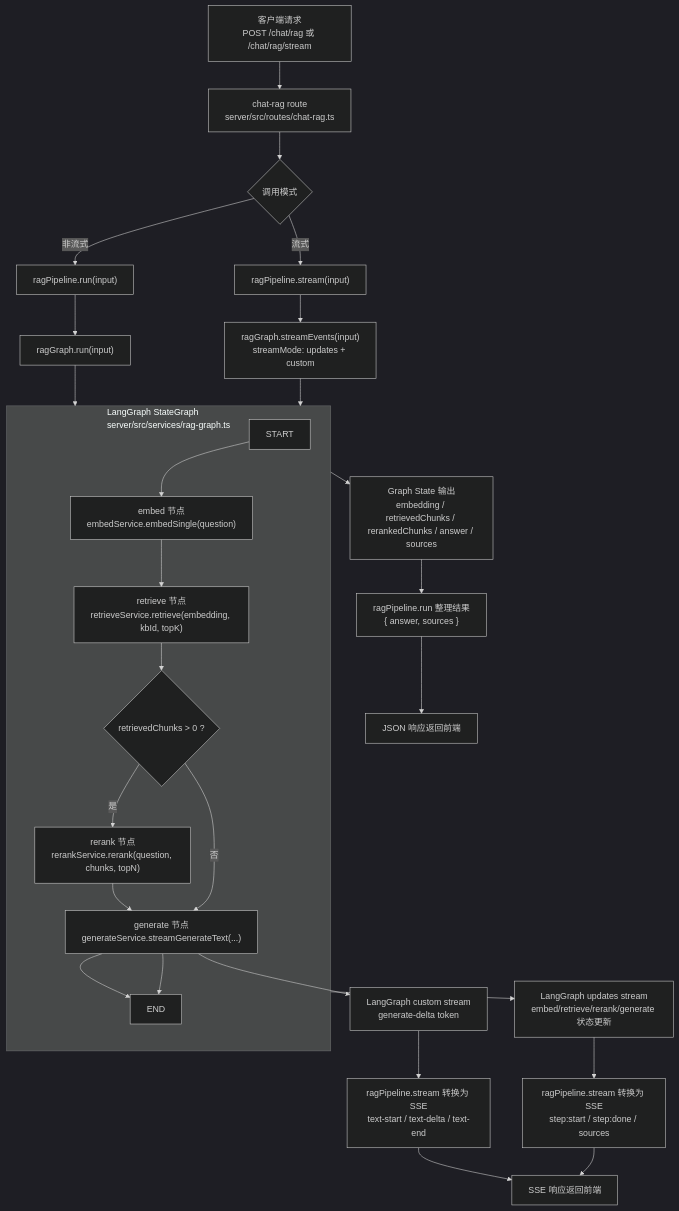
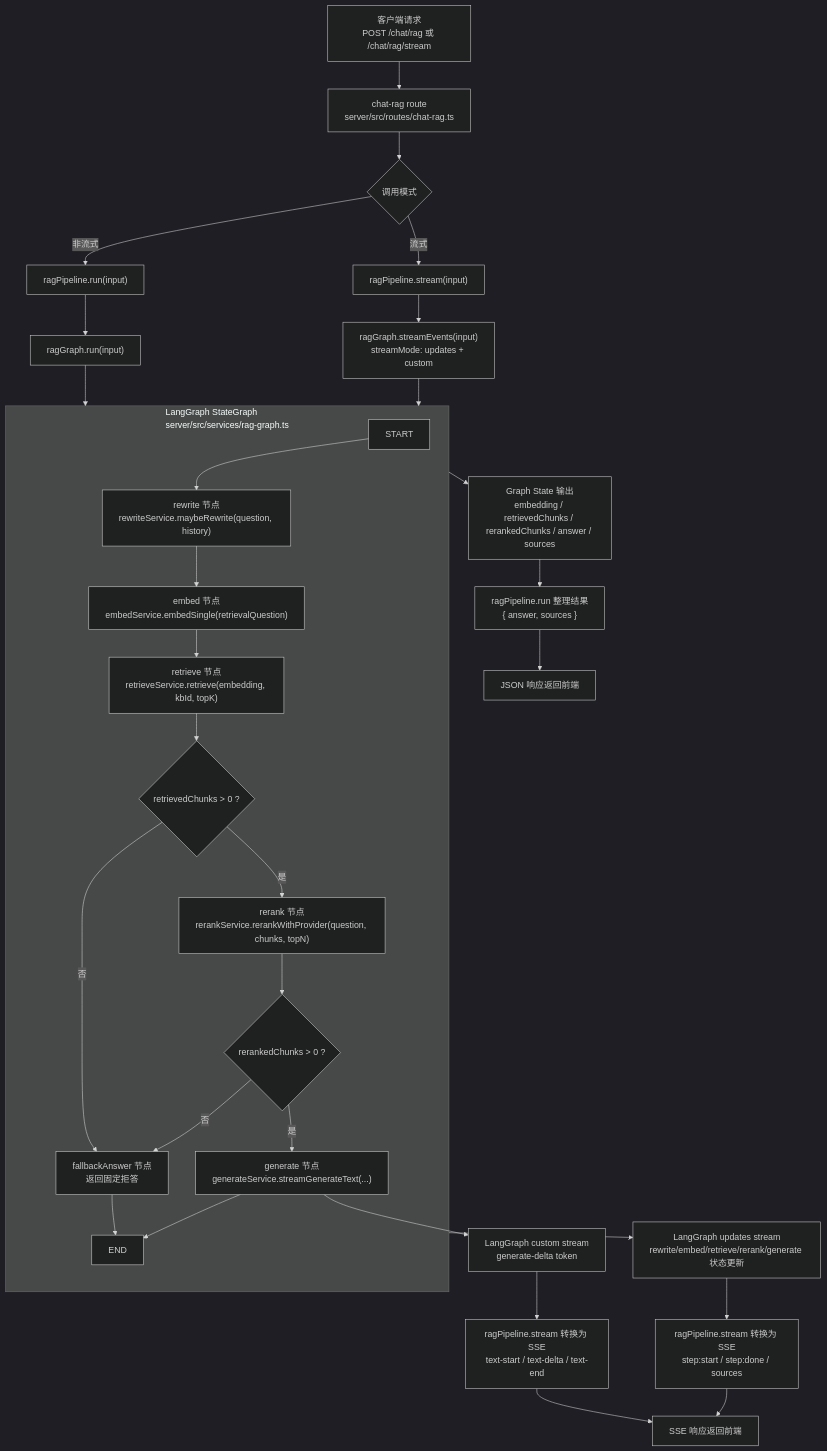
The first of 2 diagrams in docs/rag-langgraph-flow.md (dangjingtao/uichat-mira), drawn with Mermaid (dark theme) before and after one commit. The commit also changed other lines of this file and 113 other files, not shown here.

````diff
--- a/docs/rag-langgraph-flow.md
+++ b/docs/rag-langgraph-flow.md
@@ -100,42 +460,47 @@
 ```mermaid
 flowchart TD
     A["客户端请求<br/>POST /chat/rag 或 /chat/rag/stream"] --> B["chat-rag route<br/>server/src/routes/chat-rag.ts"]
 
     B --> C{"调用模式"}
     C -->|非流式| D["ragPipeline.run(input)"]
     C -->|流式| E["ragPipeline.stream(input)"]
 
     D --> F["ragGraph.run(input)"]
     E --> G["ragGraph.streamEvents(input)<br/>streamMode: updates + custom"]
 
     subgraph H["LangGraph StateGraph<br/>server/src/services/rag-graph.ts"]
         H1["START"]
-        H2["embed 节点<br/>embedService.embedSingle(question)"]
-        H3["retrieve 节点<br/>retrieveService.retrieve(embedding, kbId, topK)"]
-        H4{"retrievedChunks > 0 ?"}
-        H5["rerank 节点<br/>rerankService.rerank(question, chunks, topN)"]
-        H6["generate 节点<br/>generateService.streamGenerateText(...)"]
-        H7["END"]
+        H2["rewrite 节点<br/>rewriteService.maybeRewrite(question, history)"]
+        H3["embed 节点<br/>embedService.embedSingle(retrievalQuestion)"]
+        H4["retrieve 节点<br/>retrieveService.retrieve(embedding, kbId, topK)"]
+        H5{"retrievedChunks > 0 ?"}
+        H6["rerank 节点<br/>rerankService.rerankWithProvider(question, chunks, topN)"]
+        H7{"rerankedChunks > 0 ?"}
+        H8["fallbackAnswer 节点<br/>返回固定拒答"]
+        H9["generate 节点<br/>generateService.streamGenerateText(...)"]
+        H10["END"]
 
-        H1 --> H2 --> H3 --> H4
-        H4 -->|是| H5 --> H6 --> H7
-        H4 -->|否| H6 --> H7
+        H1 --> H2 --> H3 --> H4 --> H5
+        H5 -->|是| H6 --> H7
+        H5 -->|否| H8 --> H10
+        H7 -->|是| H9 --> H10
+        H7 -->|否| H8
     end
 
     F --> H
     G --> H
 
     H --> I["Graph State 输出<br/>embedding / retrievedChunks / rerankedChunks / answer / sources"]
 
     I --> J["ragPipeline.run 整理结果<br/>{ answer, sources }"]
 
-    H6 --> K["LangGraph custom stream<br/>generate-delta token"]
-    H --> L["LangGraph updates stream<br/>embed/retrieve/rerank/generate 状态更新"]
+    H9 --> K["LangGraph custom stream<br/>generate-delta token"]
+    H --> L["LangGraph updates stream<br/>rewrite/embed/retrieve/rerank/generate 状态更新"]
 
     K --> M["ragPipeline.stream 转换为 SSE<br/>text-start / text-delta / text-end"]
     L --> N["ragPipeline.stream 转换为 SSE<br/>step:start / step:done / sources"]
 
     M --> O["SSE 响应返回前端"]
     N --> O
     J --> P["JSON 响应返回前端"]
 ```
````
